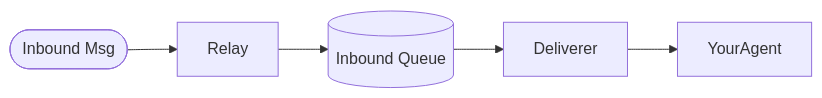
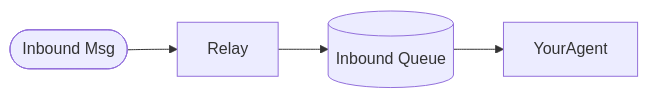
Before and after one commit to bcgov/aries-acapy-plugin-redis-events: the second of 3 diagrams in README.md, drawn with Mermaid. The commit also changed other lines of this file and 1 other file, not shown here.

````diff
--- a/README.md
+++ b/README.md
@@ -42,7 +41,6 @@
 ```mermaid
   flowchart LR;
       InboundMsg([Inbound Msg])-->Relay;
       Relay-->InboundQueue[(Inbound Queue)];
-      InboundQueue-->Deliverer;
-      Deliverer-->YourAgent;
+      InboundQueue-->YourAgent;
 ```
````
